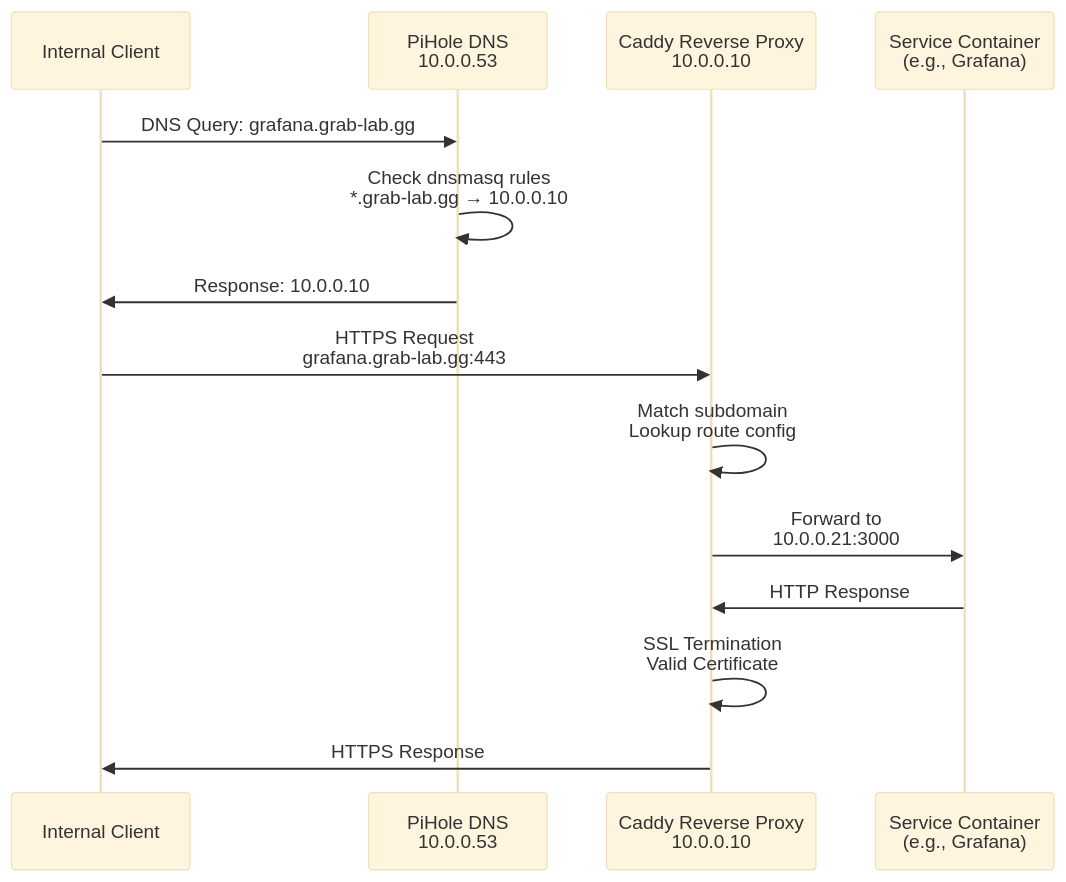
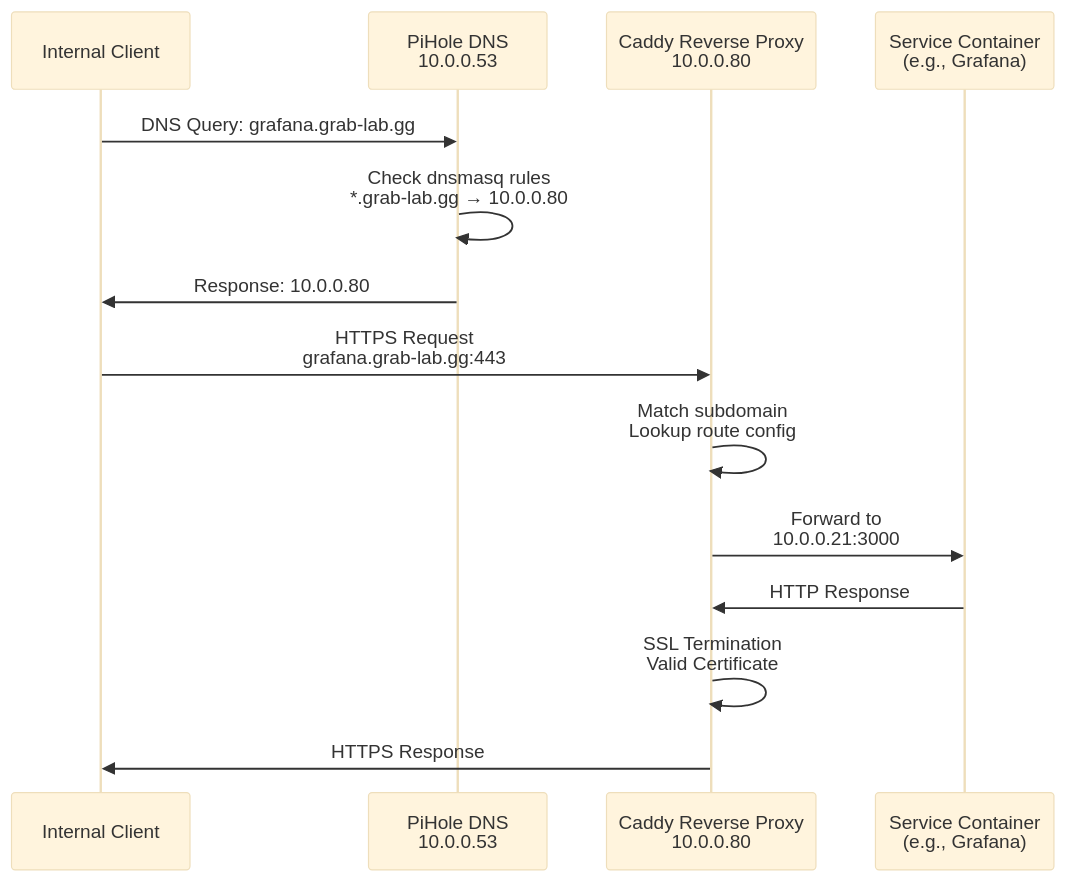
One commit to grabp/lab changed the second of 7 diagrams in docs/ARCHITECTURE.md. Above: the diagram before and after it, drawn with Mermaid (base theme). The commit also changed other lines of this file and 2 other files, not shown here.

Commit message:
fix: initial setup for caddy

````diff
--- a/docs/ARCHITECTURE.md
+++ b/docs/ARCHITECTURE.md
@@ -105,17 +106,17 @@
 ```mermaid
 sequenceDiagram
     participant Client as Internal Client
     participant PiHole as PiHole DNS<br/>10.0.0.53
-    participant Caddy as Caddy Reverse Proxy<br/>10.0.0.10
+    participant Caddy as Caddy Reverse Proxy<br/>10.0.0.80
     participant Service as Service Container<br/>(e.g., Grafana)
     
     Client->>PiHole: DNS Query: grafana.grab-lab.gg
-    PiHole->>PiHole: Check dnsmasq rules<br/>*.grab-lab.gg → 10.0.0.10
-    PiHole->>Client: Response: 10.0.0.10
+    PiHole->>PiHole: Check dnsmasq rules<br/>*.grab-lab.gg → 10.0.0.80
+    PiHole->>Client: Response: 10.0.0.80
     Client->>Caddy: HTTPS Request<br/>grafana.grab-lab.gg:443
     Caddy->>Caddy: Match subdomain<br/>Lookup route config
     Caddy->>Service: Forward to<br/>10.0.0.21:3000
     Service->>Caddy: HTTP Response
     Caddy->>Caddy: SSL Termination<br/>Valid Certificate
     Caddy->>Client: HTTPS Response
 ```
````
